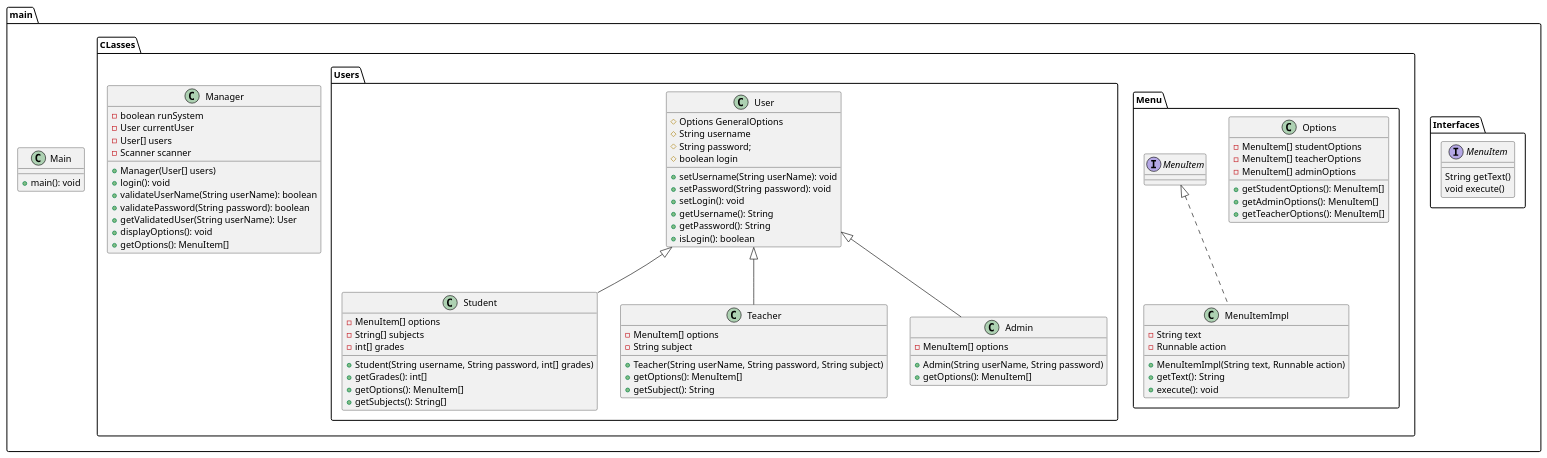
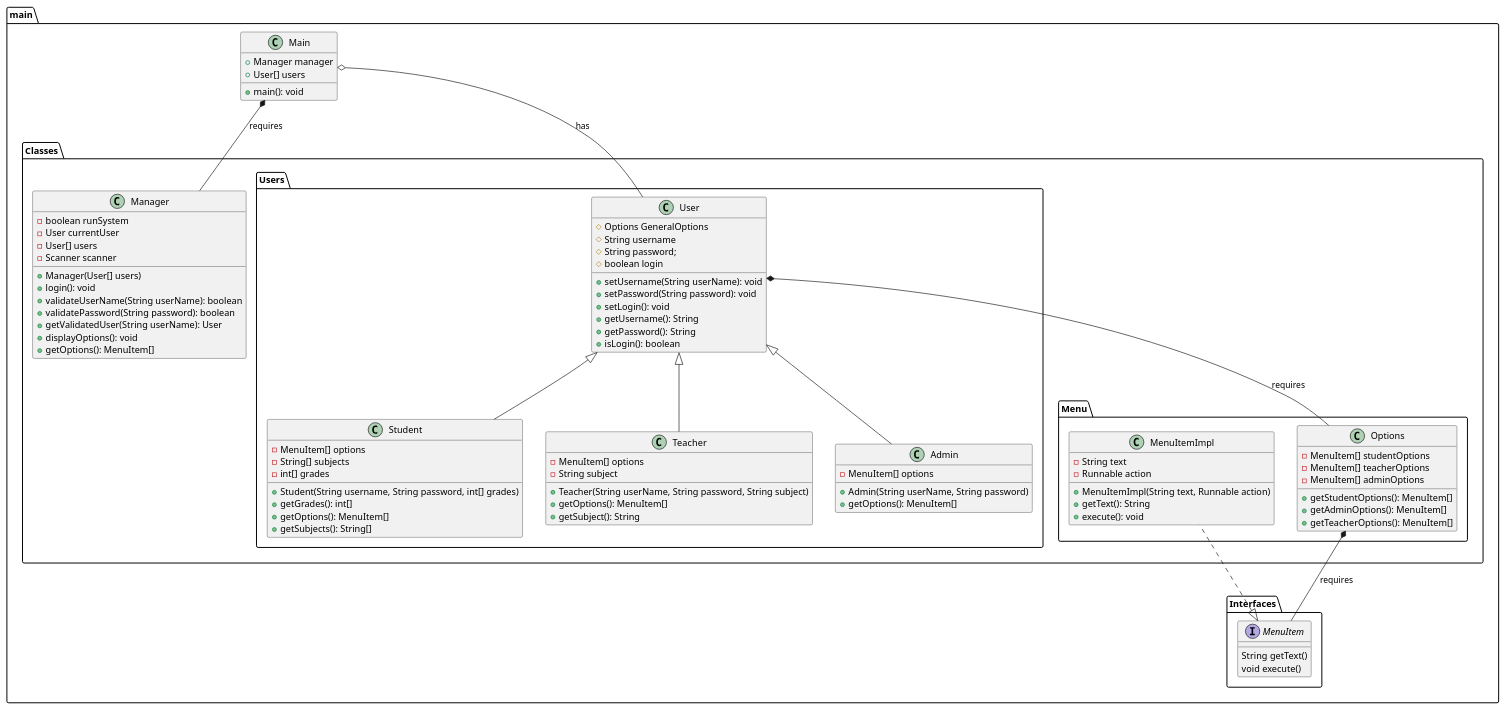
One commit to mmasias/progra2-22-23 changed the diagram in ejercicios/entregas/javierCader/EX002UserManagement/docs/Documentation.puml. Above: the diagram before and after it, drawn with PlantUML. The commit also changed 1 other file, not shown here.

```diff
--- a/ejercicios/entregas/javierCader/EX002UserManagement/docs/Documentation.puml
+++ b/ejercicios/entregas/javierCader/EX002UserManagement/docs/Documentation.puml
@@ -1,83 +1,90 @@
 @startuml
 folder main {
     class Main {
+        +Manager manager
+        +User[] users
         +main(): void
     }
     package Interfaces {
         interface MenuItem {
             String getText()
             void execute()
         }
     }
-    package CLasses {
+    package Classes {
         package Menu {
             class Options {
                 -MenuItem[] studentOptions
                 -MenuItem[] teacherOptions
                 -MenuItem[] adminOptions
                 +getStudentOptions(): MenuItem[]
                 +getAdminOptions(): MenuItem[]
                 +getTeacherOptions(): MenuItem[]
             }
-            class MenuItemImpl implements MenuItem {
+            class MenuItemImpl implements main.Interfaces.MenuItem {
                 -String text
                 -Runnable action
                 +MenuItemImpl(String text, Runnable action)
                 +getText(): String
                 +execute(): void
             }
         }
         package Users {
             class User {
                 #Options GeneralOptions
                 #String username
                 #String password;
                 #boolean login
                 +setUsername(String userName): void
                 +setPassword(String password): void
                 +setLogin(): void
                 +getUsername(): String
                 +getPassword(): String
                 +isLogin(): boolean
             }
             class Student extends User {
                 -MenuItem[] options
                 -String[] subjects
                 -int[] grades
                 +Student(String username, String password, int[] grades)
                 +getGrades(): int[]
                 +getOptions(): MenuItem[]
                 +getSubjects(): String[]
             }
             class Teacher extends User {
                 -MenuItem[] options
                 -String subject
                 +Teacher(String userName, String password, String subject)
                 +getOptions(): MenuItem[]
                 +getSubject(): String
             }
             class Admin extends User {
                 -MenuItem[] options
                 +Admin(String userName, String password)
                 +getOptions(): MenuItem[]
             }
         }
         class Manager {
             -boolean runSystem
             -User currentUser
             -User[] users
             -Scanner scanner
             +Manager(User[] users)
             +login(): void
             +validateUserName(String userName): boolean
             +validatePassword(String password): boolean
             +getValidatedUser(String userName): User
             +displayOptions(): void
             +getOptions(): MenuItem[]
         }
     }
+    Main *--  Manager : requires
+    Main o--  User : has
+    User *--  Options : requires
+    Options *--  main.Interfaces.MenuItem : requires
+
 
 
 }
 
 @enduml
```
